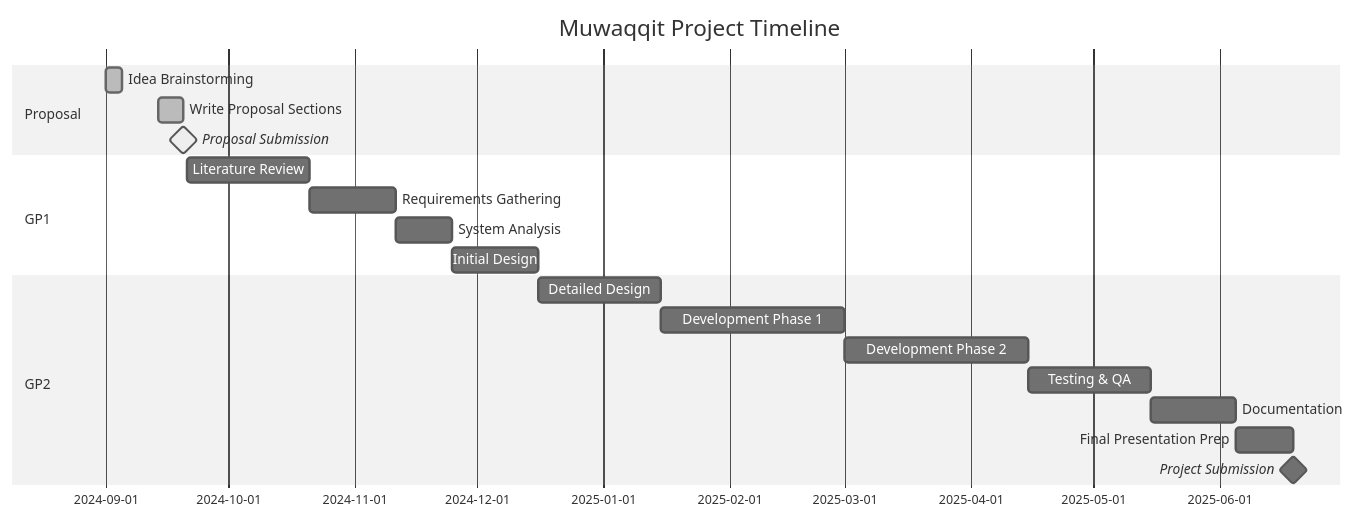
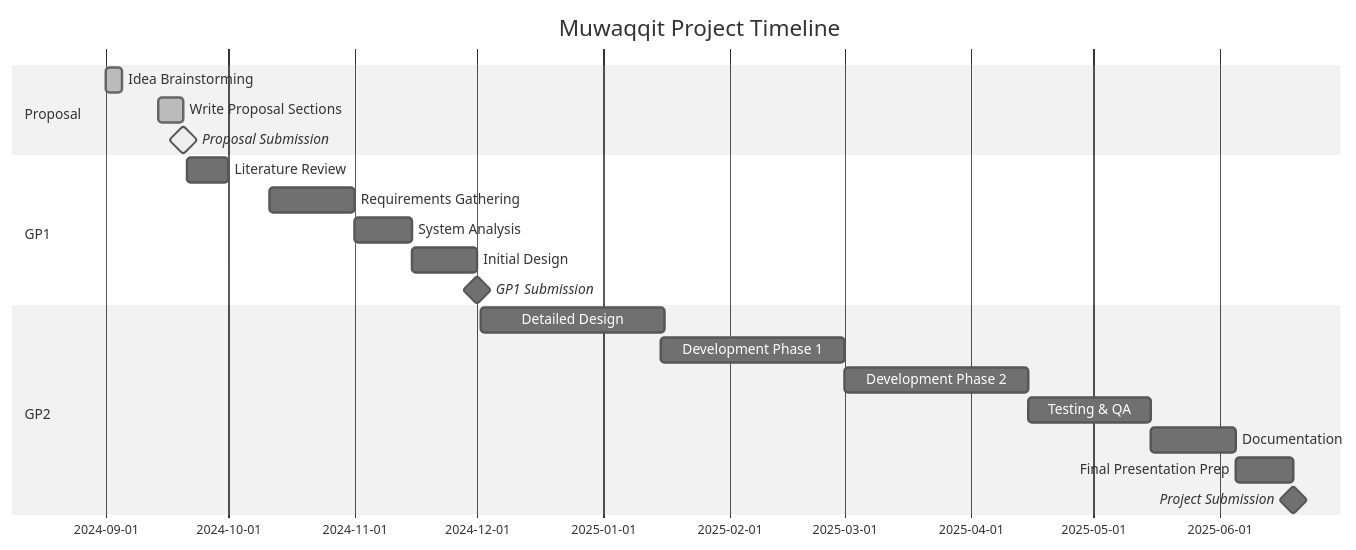
Before and after one commit to jadwalapp/symmetrical-spoon: the diagram in diagrams/gantt.mmd, drawn with Mermaid (neutral theme). The commit also changed 4 other files, not shown here.

```diff
--- a/diagrams/gantt.mmd
+++ b/diagrams/gantt.mmd
@@ -1,25 +1,26 @@
 %% use this to compile it:
 %% mmdc -i diagrams/gantt.mmd -o ./proposal/images/gantt.png -w 900
 gantt
     title Muwaqqit Project Timeline
     dateFormat  YYYY-MM-DD
     axisFormat %Y-%m-%d
     todayMarker off
 
     section Proposal
     Idea Brainstorming          :done, a1, 2024-09-01, 4d
     Write Proposal Sections     :done, a2, 2024-09-14, 6d
     Proposal Submission         :milestone, active, a3, 2024-09-20, 0d
     section GP1
-    Literature Review           :a4, 2024-09-21, 30d
-    Requirements Gathering      :a5, 2024-10-21, 21d
-    System Analysis             :a6, 2024-11-11, 14d
-    Initial Design              :a7, 2024-11-25, 21d
+    Literature Review           :a4, 2024-09-21, 10d
+    Requirements Gathering      :a5, 2024-10-11, 21d
+    System Analysis             :a6, 2024-11-01, 14d
+    Initial Design              :a7, 2024-11-15, 16d
+    GP1 Submission              :milestone, gp1-sub, 2024-12-01, 0d
     section GP2
-    Detailed Design             :a8, 2024-12-16, 30d
+    Detailed Design             :a8, 2024-12-02, 45d
     Development Phase 1         :a9, 2025-01-15, 45d
     Development Phase 2         :a10, 2025-03-01, 45d
     Testing & QA                :a11, 2025-04-15, 30d
     Documentation               :a12, 2025-05-15, 21d
     Final Presentation Prep     :a13, 2025-06-05, 14d
     Project Submission          :milestone, a14, 2025-06-19, 0d
```
